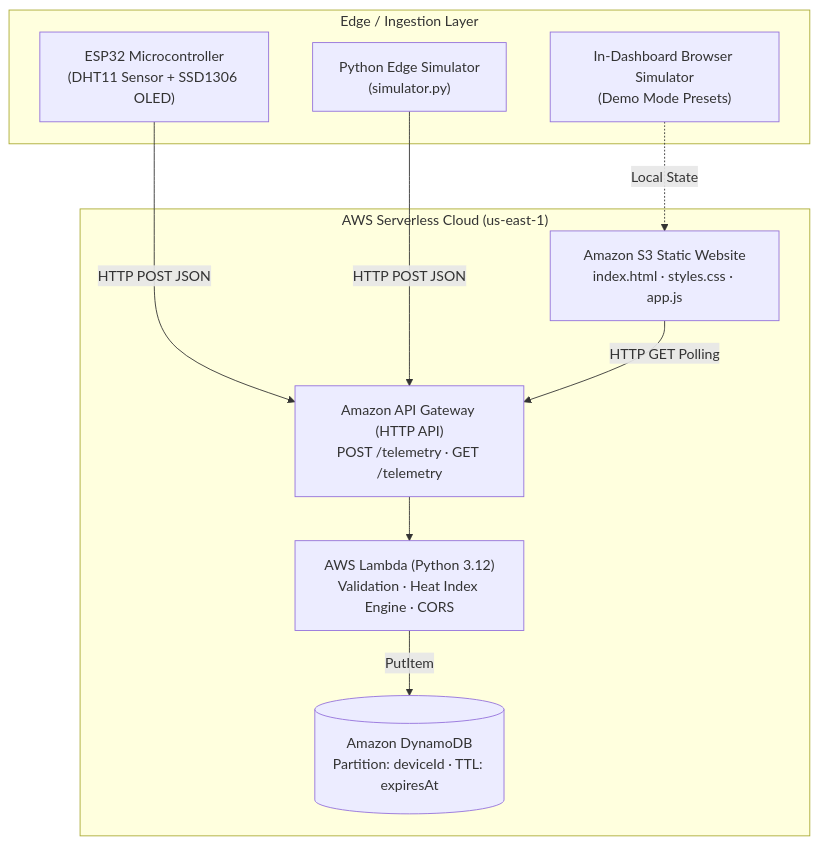
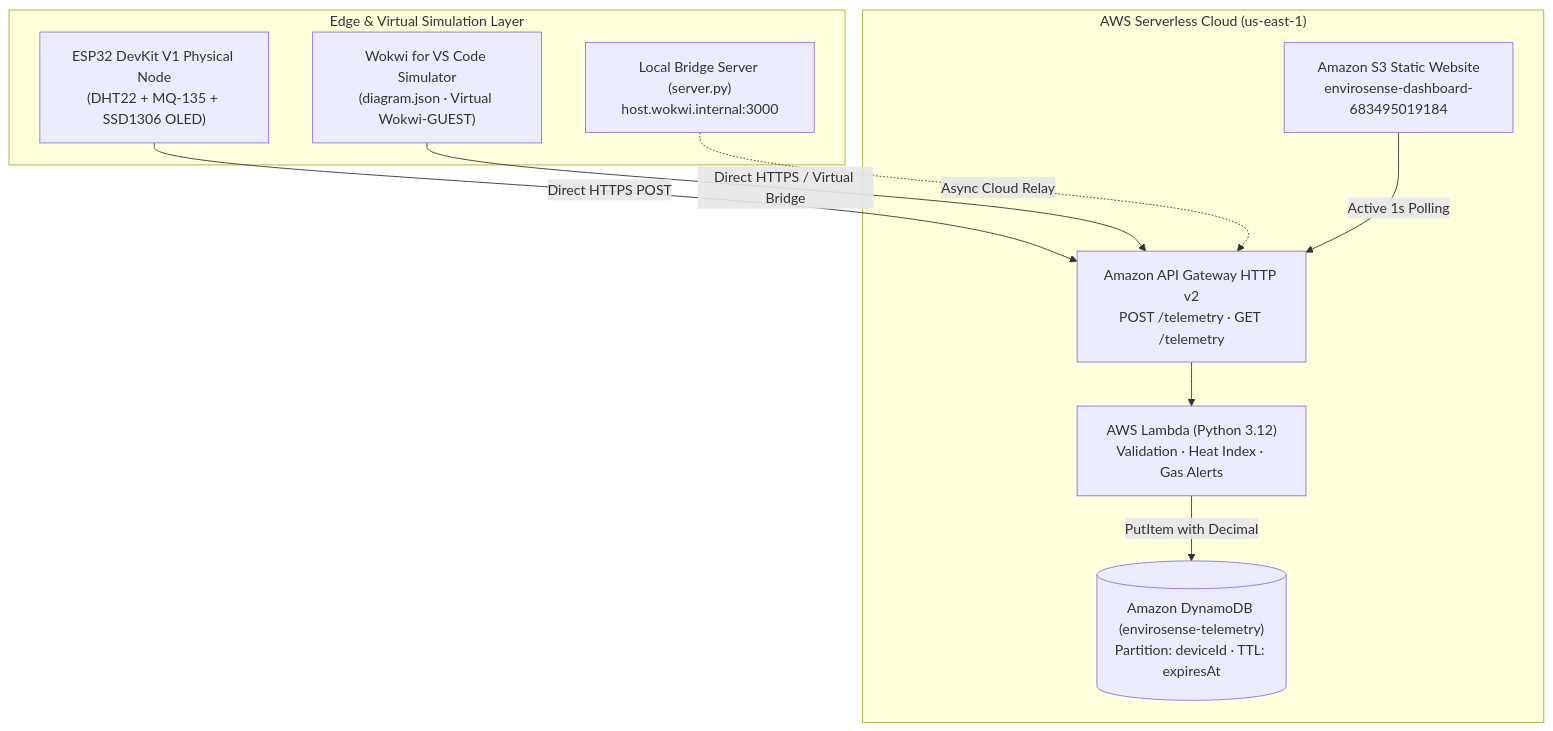
Before and after one commit to yeshwanthkushi25-glitch/envirosense-iot-dashboard: the diagram in REPORT.md, drawn with Mermaid. The commit also changed other lines of this file and 12 other files, not shown here.

````diff
--- a/REPORT.md
+++ b/REPORT.md
@@ -47,22 +53,22 @@
 ```mermaid
 flowchart TD
-    subgraph EdgeLayer["Edge / Ingestion Layer"]
-        ESP32["ESP32 Microcontroller<br/>(DHT11 Sensor + SSD1306 OLED)"]
-        PySim["Python Edge Simulator<br/>(simulator.py)"]
-        DemoSim["In-Dashboard Browser Simulator<br/>(Demo Mode Presets)"]
+    subgraph EdgeLayer["Edge & Virtual Simulation Layer"]
+        ESP32["ESP32 DevKit V1 Physical Node<br/>(DHT22 + MQ-135 + SSD1306 OLED)"]
+        Wokwi["Wokwi for VS Code Simulator<br/>(diagram.json · Virtual Wokwi-GUEST)"]
+        Bridge["Local Bridge Server (server.py)<br/>host.wokwi.internal:3000"]
     end
 
     subgraph AWSCloud["AWS Serverless Cloud (us-east-1)"]
-        APIGW["Amazon API Gateway (HTTP API)<br/>POST /telemetry · GET /telemetry"]
-        Lambda["AWS Lambda (Python 3.12)<br/>Validation · Heat Index Engine · CORS"]
-        DynamoDB[("Amazon DynamoDB<br/>Partition: deviceId · TTL: expiresAt")]
-        S3["Amazon S3 Static Website<br/>index.html · styles.css · app.js"]
+        APIGW["Amazon API Gateway HTTP v2<br/>POST /telemetry · GET /telemetry"]
+        Lambda["AWS Lambda (Python 3.12)<br/>Validation · Heat Index · Gas Alerts"]
+        DynamoDB[("Amazon DynamoDB (envirosense-telemetry)<br/>Partition: deviceId · TTL: expiresAt")]
+        S3["Amazon S3 Static Website<br/>envirosense-dashboard-683495019184"]
     end
 
-    ESP32 -->|HTTP POST JSON| APIGW
-    PySim -->|HTTP POST JSON| APIGW
+    ESP32 -->|Direct HTTPS POST| APIGW
+    Wokwi -->|Direct HTTPS / Virtual Bridge| APIGW
+    Bridge -.->|Async Cloud Relay| APIGW
     APIGW --> Lambda
-    Lambda -->|PutItem| DynamoDB
-    S3 -->|HTTP GET Polling| APIGW
-    DemoSim -.->|Local State| S3
+    Lambda -->|PutItem with Decimal| DynamoDB
+    S3 -->|Active 1s Polling| APIGW
 ```
````
